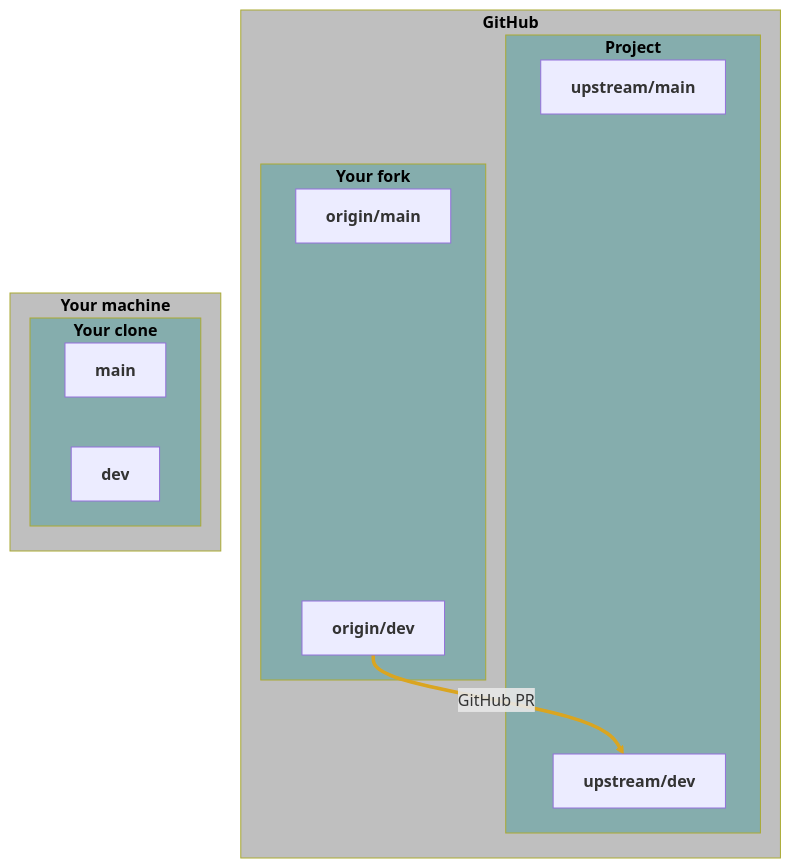
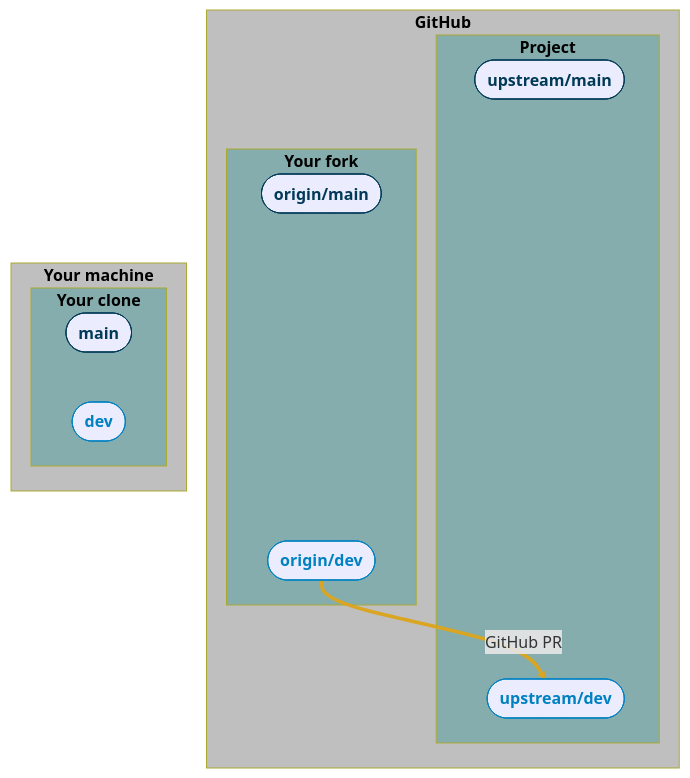
The ninth of 12 diagrams in git/col_pr.qmd (WestDRI/arc-training), drawn with Mermaid before and after one commit. The commit also changed other lines of this file, not shown here.

Commit message:
improve GitHub PR workflow mermaid diagrams

````diff
--- a/git/col_pr.qmd
+++ b/git/col_pr.qmd
@@ -445,45 +511,48 @@
 ```{mermaid}
 %%| echo: false
 flowchart TD
-  subgraph gh["<b>GitHub</b>"]
-    subgraph project["<b>Project</b>"]
-      upstream/main["<b>upstream/main</b>"]
-      upstream/dev["<b>upstream/dev</b>"]
+  subgraph gh["<b>GitHub</b>"];
+    subgraph project["<b>Project</b>"];
+      upstream/main(["<b>upstream/main</b>"]);
+      upstream/dev(["<b>upstream/dev</b>"]);
     end
-    subgraph fork["<b>Your fork</b>"]
-      origin/main["<b>origin/main</b>"]
-      origin/dev["<b>origin/dev</b>"]
+    subgraph fork["<b>Your fork</b>"];
+      origin/main(["<b>origin/main</b>"]);
+      origin/dev(["<b>origin/dev</b>"]);
     end
   end
-  subgraph local["<b>Your machine</b>"]
-    subgraph clone["<b>Your clone</b>"]
-      main["<b>main</b>"]
-      dev["<b>dev</b>"]
+  subgraph local["<b>Your machine</b>"];
+    subgraph clone["<b>Your clone</b>"];
+      main(["<b>main</b>"]);
+      dev(["<b>dev</b>"]);
     end
   end
 
+  classDef hidden display: none;
   classDef location fill:#bfbfbf, color:#000;
   class gh location;
   class local location;
   classDef repo fill:#85adad, color:#000;
   class project repo;
   class fork repo;
   class clone repo;
+  classDef branchmain color:#003a57, stroke:#003a57;
+  classDef branchdev color:#0081c2, stroke:#0081c2;
+  class upstream/main branchmain;
+  class upstream/dev branchdev;
+  class origin/main branchmain;
+  class origin/dev branchdev;
+  class main branchmain;
+  class dev branchdev;
 
   upstream/main ~~~  origin/main
   origin/main ~~~ main
   upstream/main ~~~ main
   main ~~~ origin/main
   main ~~~ dev
   dev ~~~ origin/dev
   origin/dev == GitHub PR ==> upstream/dev
   upstream/dev ~~~ upstream/main
 
-  linkStyle 0 stroke:YellowGreen;
-  linkStyle 1 stroke:YellowGreen, color:magenta;
-  linkStyle 2 stroke:goldenrod, color:magenta;
-  linkStyle 3 stroke:sienna, color:magenta;
-  linkStyle 4 stroke:goldenrod, color:magenta;
-  linkStyle 5 stroke:goldenrod, color:magenta;
   linkStyle 6 stroke:goldenrod;
 ```
````
